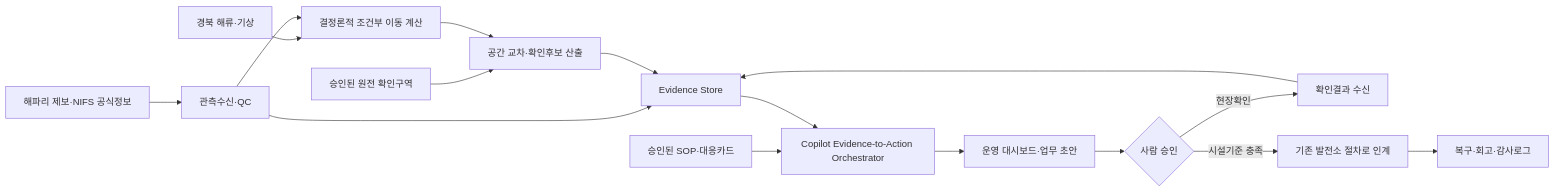
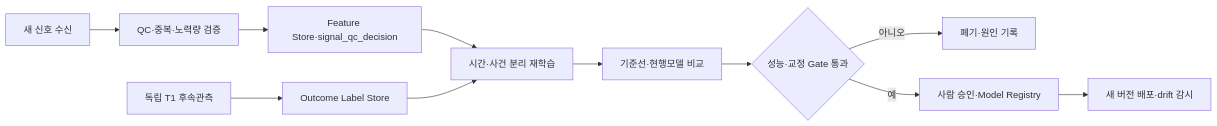
Before and after one commit to Youngmin322/junction-challenge5.1: the fourth of 5 diagrams in final data/37) 원전 취수구 해파리 위험 대시보드 서비스 계획서.md, drawn with Mermaid. The commit also changed other lines of this file, not shown here.

````diff
--- a/final data/37) 원전 취수구 해파리 위험 대시보드 서비스 계획서.md
+++ b/final data/37) 원전 취수구 해파리 위험 대시보드 서비스 계획서.md
@@ -151,18 +471,13 @@
 ```mermaid
 flowchart LR
-    A[해파리 제보·NIFS 공식정보] --> B[관측수신·QC]
-    C[경북 해류·기상] --> D[결정론적 조건부 이동 계산]
-    B --> D
-    E[승인된 원전 확인구역] --> F[공간 교차·확인후보 산출]
-    D --> F
-    B --> G[Evidence Store]
-    F --> G
-    H[승인된 SOP·대응카드] --> I[Copilot Evidence-to-Action Orchestrator]
-    G --> I
-    I --> J[운영 대시보드·업무 초안]
-    J --> K{사람 승인}
-    K -->|현장확인| L[확인결과 수신]
-    K -->|시설기준 충족| M[기존 발전소 절차로 인계]
-    L --> G
-    M --> N[복구·회고·감사로그]
+    A[새 신호 수신] --> B[QC·중복·노력량 검증]
+    B --> C[Feature Store·signal_qc_decision]
+    T[독립 T1 후속관측] --> L[Outcome Label Store]
+    C --> D[시간·사건 분리 재학습]
+    L --> D
+    D --> E[기준선·현행모델 비교]
+    E --> F{성능·교정 Gate 통과}
+    F -->|아니오| G[폐기·원인 기록]
+    F -->|예| H[사람 승인·Model Registry]
+    H --> I[새 버전 배포·drift 감시]
 ```
````
